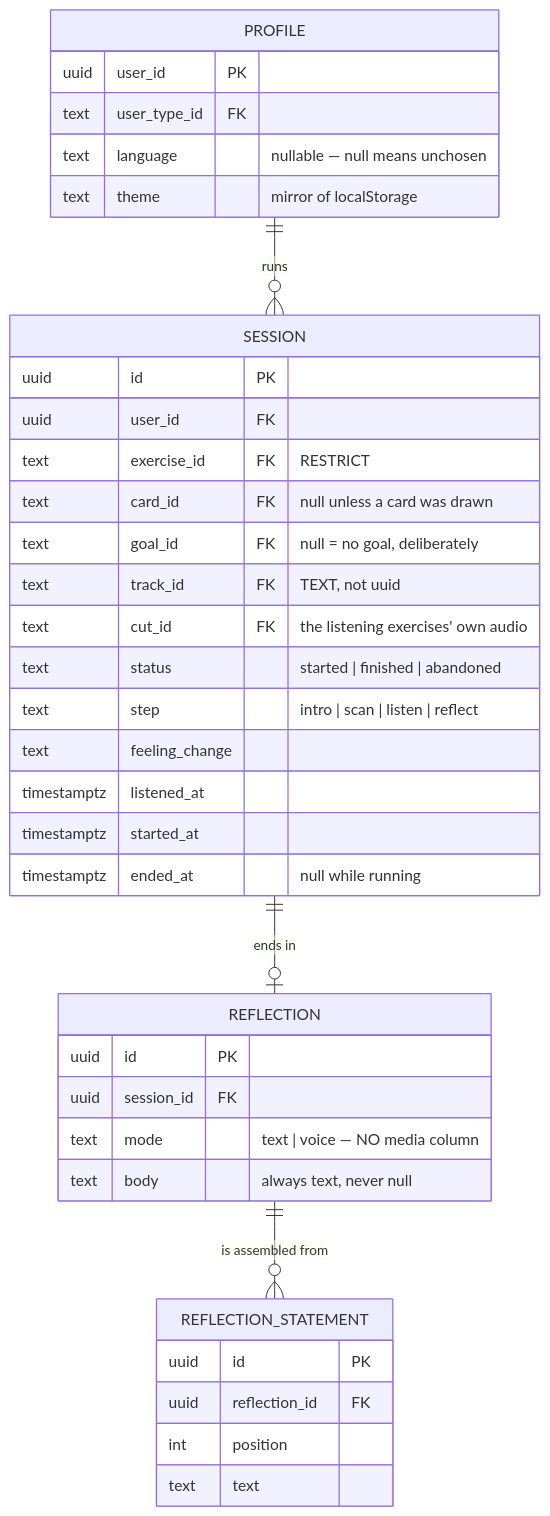
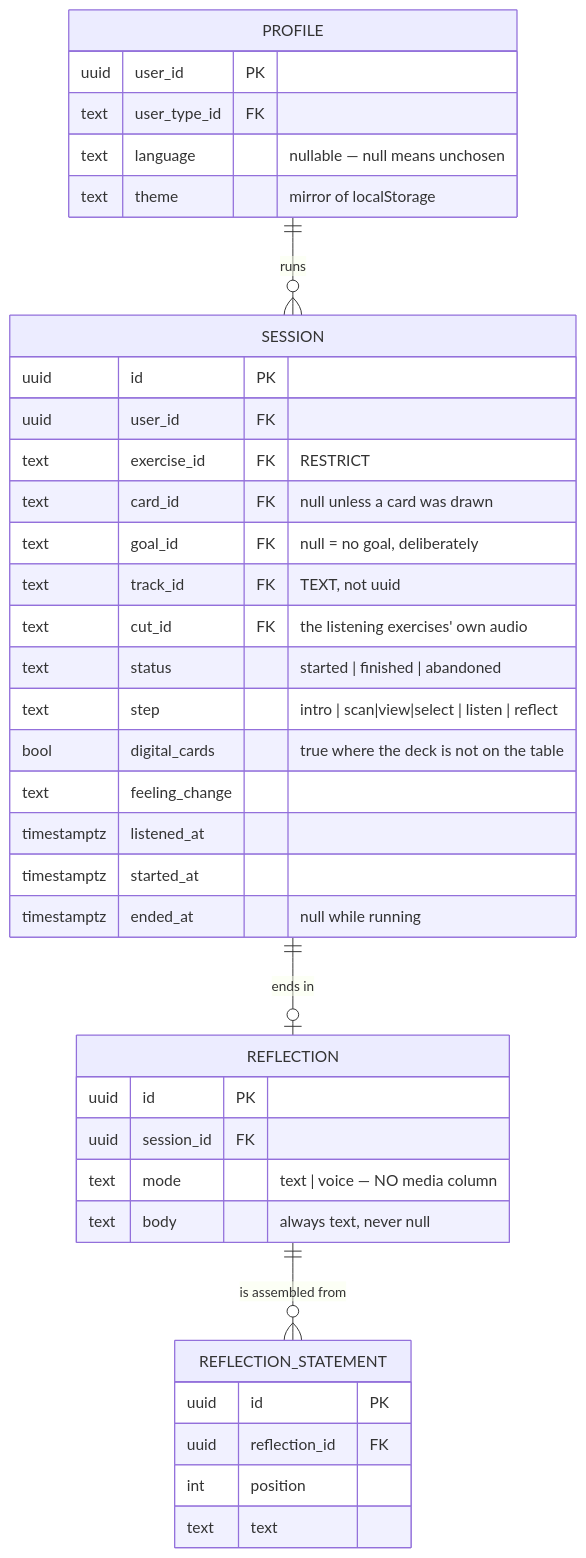
The first of 3 diagrams in apps/docs/architecture/data-model.md (product-ben/musie), drawn with Mermaid before and after one commit. The commit also changed other lines of this file and 4 other files, not shown here.

````diff
--- a/apps/docs/architecture/data-model.md
+++ b/apps/docs/architecture/data-model.md
@@ -9,40 +9,41 @@
 ```mermaid
 erDiagram
     PROFILE ||--o{ SESSION : "runs"
     SESSION ||--o| REFLECTION : "ends in"
     REFLECTION ||--o{ REFLECTION_STATEMENT : "is assembled from"
 
     PROFILE {
         uuid user_id PK
         text user_type_id FK
         text language "nullable — null means unchosen"
         text theme "mirror of localStorage"
     }
     SESSION {
         uuid id PK
         uuid user_id FK
         text exercise_id FK "RESTRICT"
         text card_id FK "null unless a card was drawn"
         text goal_id FK "null = no goal, deliberately"
         text track_id FK "TEXT, not uuid"
         text cut_id FK "the listening exercises' own audio"
         text status "started | finished | abandoned"
-        text step "intro | scan | listen | reflect"
+        text step "intro | scan|view|select | listen | reflect"
+        bool digital_cards "true where the deck is not on the table"
         text feeling_change
         timestamptz listened_at
         timestamptz started_at
         timestamptz ended_at "null while running"
     }
     REFLECTION {
         uuid id PK
         uuid session_id FK
         text mode "text | voice — NO media column"
         text body "always text, never null"
     }
     REFLECTION_STATEMENT {
         uuid id PK
         uuid reflection_id FK
         int position
         text text
     }
 ```
````
